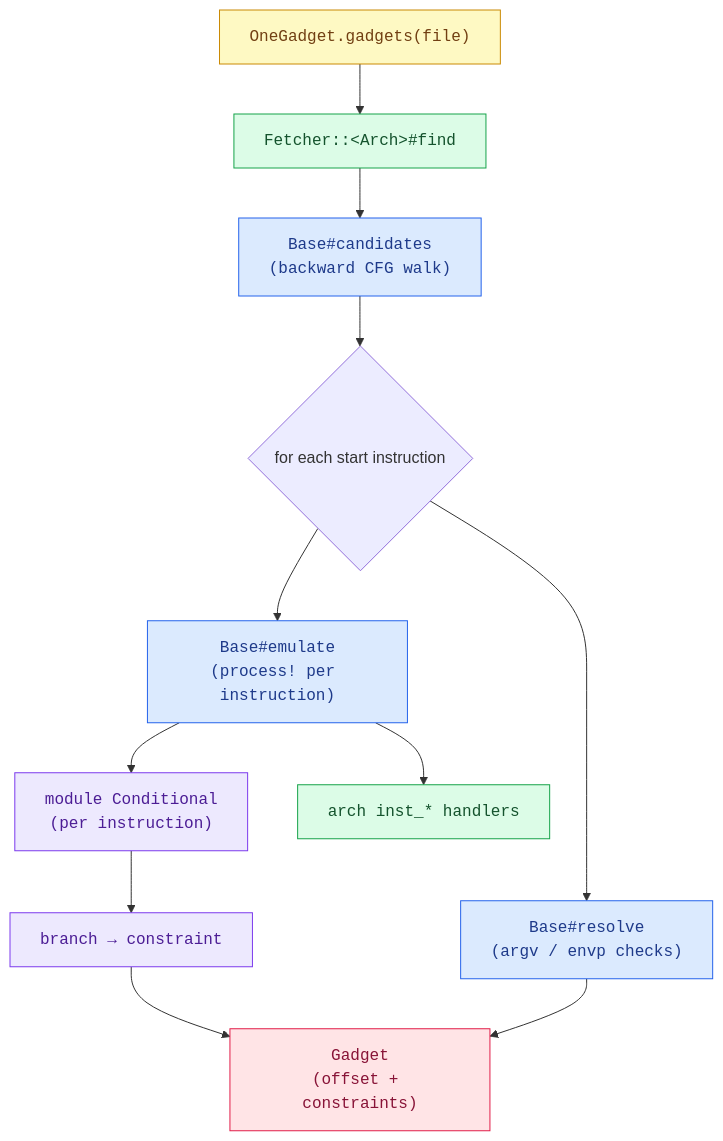
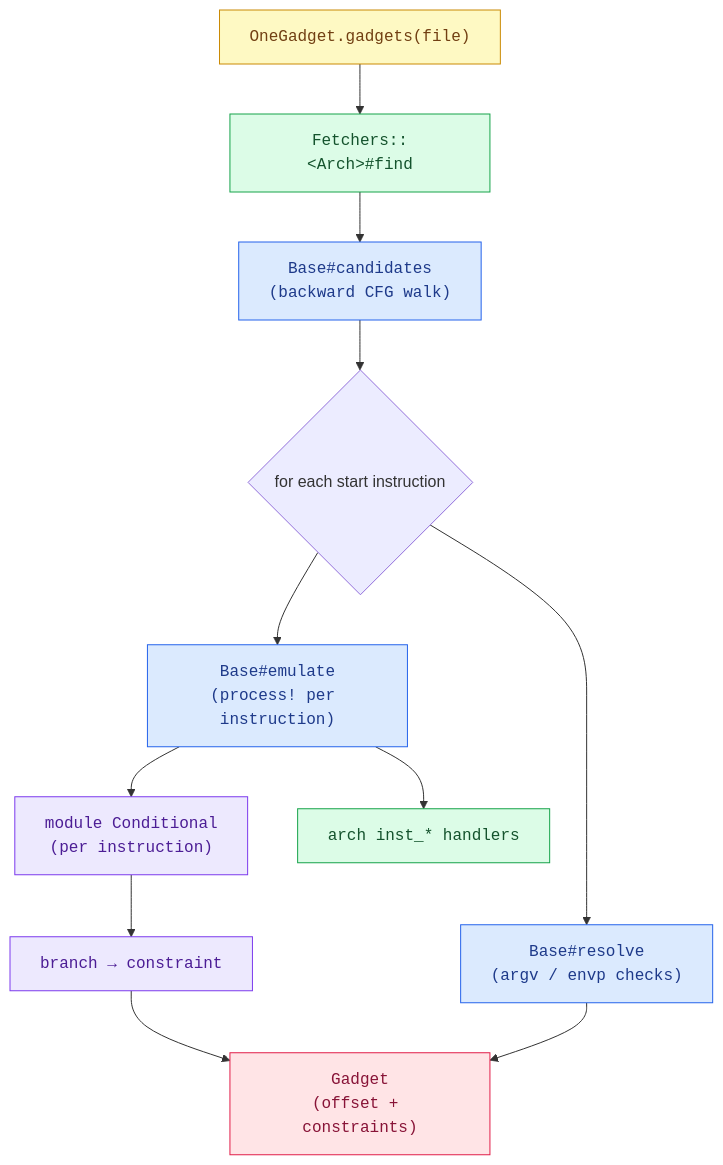
Before and after one commit to david942j/one_gadget: the second of 2 diagrams in docs/adding-an-architecture.md, drawn with Mermaid. The commit also changed other lines of this file and 13 other files, not shown here.

First line of the commit message:
Rename Fetcher namespace to plural Fetchers (#322)

````diff
--- a/docs/adding-an-architecture.md
+++ b/docs/adding-an-architecture.md
@@ -62,19 +62,19 @@
 ```mermaid
 flowchart TD
   classDef entry fill:#fef9c3,stroke:#ca8a04,color:#713f12,font-family:monospace
   classDef engine fill:#dbeafe,stroke:#2563eb,color:#1e3a8a,font-family:monospace
   classDef arch fill:#dcfce7,stroke:#16a34a,color:#14532d,font-family:monospace
   classDef mixin fill:#ede9fe,stroke:#7c3aed,color:#4c1d95,font-family:monospace
   classDef out fill:#ffe4e6,stroke:#e11d48,color:#881337,font-family:monospace
 
-  A["OneGadget.gadgets(file)"]:::entry --> B["Fetcher::&lt;Arch&gt;#find"]:::arch
+  A["OneGadget.gadgets(file)"]:::entry --> B["Fetchers::&lt;Arch&gt;#find"]:::arch
   B --> C["Base#candidates<br/>(backward CFG walk)"]:::engine
   C --> D{"for each start instruction"}
   D --> E["Base#emulate<br/>(process! per instruction)"]:::engine
   E --> F["module Conditional<br/>(per instruction)"]:::mixin
   E --> G["arch inst_* handlers"]:::arch
   F --> H["branch → constraint"]:::mixin
   D --> I["Base#resolve<br/>(argv / envp checks)"]:::engine
   H --> J["Gadget<br/>(offset + constraints)"]:::out
   I --> J
 ```
````
